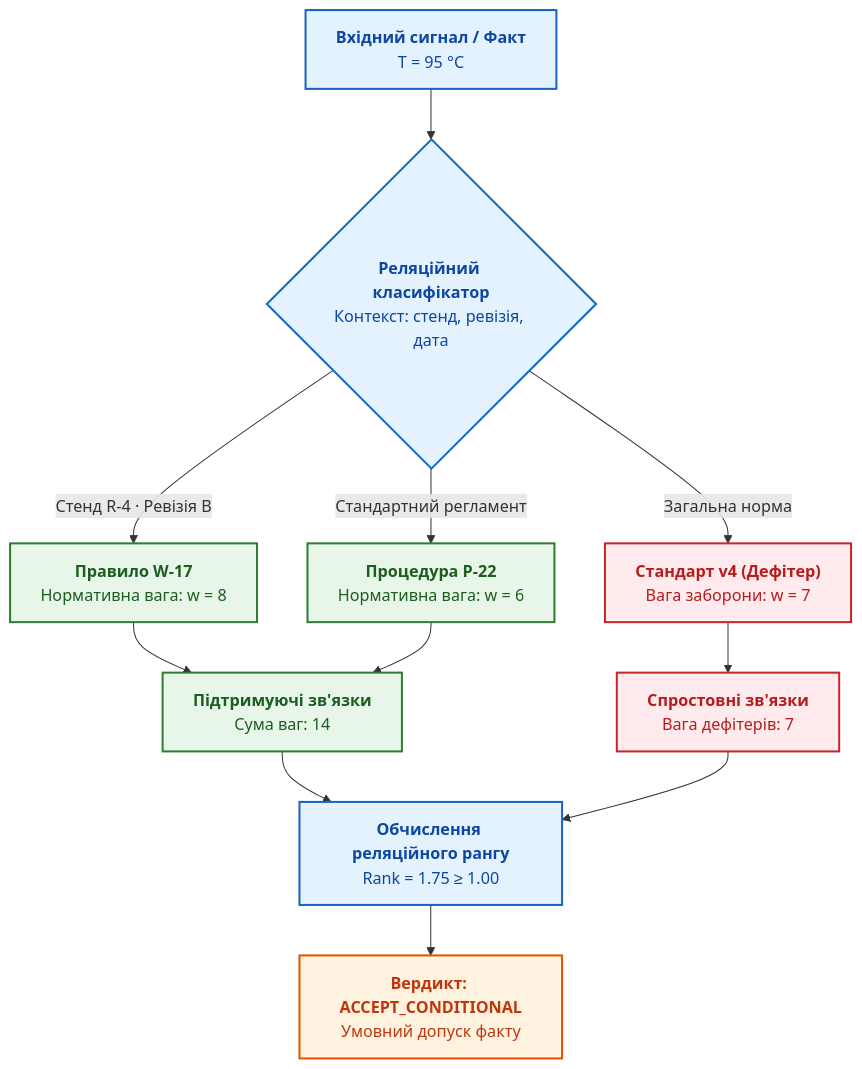
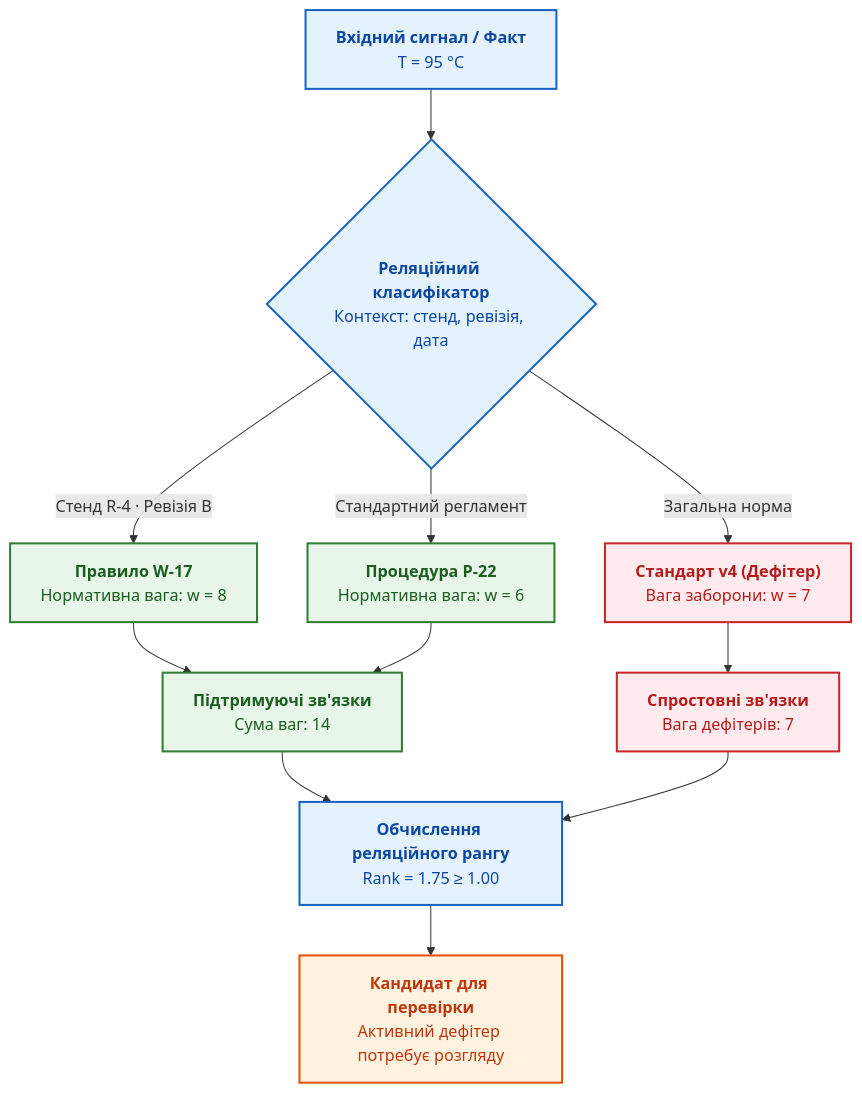
The third of 9 diagrams in ExpertSystem/ch02-epistemology-of-machine-knowledge.md (nick-fedchik/articles), drawn with Mermaid before and after one commit. The commit also changed other lines of this file and 1 other file, not shown here.

````diff
--- a/ExpertSystem/ch02-epistemology-of-machine-knowledge.md
+++ b/ExpertSystem/ch02-epistemology-of-machine-knowledge.md
@@ -217,27 +217,27 @@
 ```mermaid
 flowchart TD
     accTitle: Реляційна класифікаційна решітка Гаєка в експертній системі
     accDescr: Сенсорний сигнал або текстовий факт класифікується відносно контексту, правил допуску та заперечувальних обставин для формування деонтичного статусу.
 
     S["<b>Вхідний сигнал / Факт</b><br/>T = 95 °C"] --> C{"<b>Реляційний класифікатор</b><br/>Контекст: стенд, ревізія, дата"}
     C -->|"Стенд R-4 · Ревізія B"| R1["<b>Правило W-17</b><br/>Нормативна вага: w = 8"]
     C -->|"Стандартний регламент"| R2["<b>Процедура P-22</b><br/>Нормативна вага: w = 6"]
     C -->|"Загальна норма"| D1["<b>Стандарт v4 (Дефітер)</b><br/>Вага заборони: w = 7"]
 
     R1 & R2 --> NUM["<b>Підтримуючі зв'язки</b><br/>Сума ваг: 14"]
     D1 --> DEN["<b>Спростовні зв'язки</b><br/>Вага дефітерів: 7"]
 
     NUM & DEN --> EVAL["<b>Обчислення реляційного рангу</b><br/>Rank = 1.75 ≥ 1.00"]
-    EVAL --> RES["<b>Вердикт: ACCEPT_CONDITIONAL</b><br/>Умовний допуск факту"]
+    EVAL --> RES["<b>Кандидат для перевірки</b><br/>Активний дефітер потребує розгляду"]
 
     classDef in fill:#e3f2fd,stroke:#1565c0,stroke-width:2px,color:#0d47a1;
     classDef rule fill:#e8f5e9,stroke:#2e7d32,stroke-width:2px,color:#1b5e20;
     classDef def fill:#ffebee,stroke:#c62828,stroke-width:2px,color:#b71c1c;
     classDef act fill:#fff3e0,stroke:#e65100,stroke-width:2px,color:#bf360c;
 
     class S in;
     class C,EVAL in;
     class R1,R2,NUM rule;
     class D1,DEN def;
     class RES act;
 ```
````
